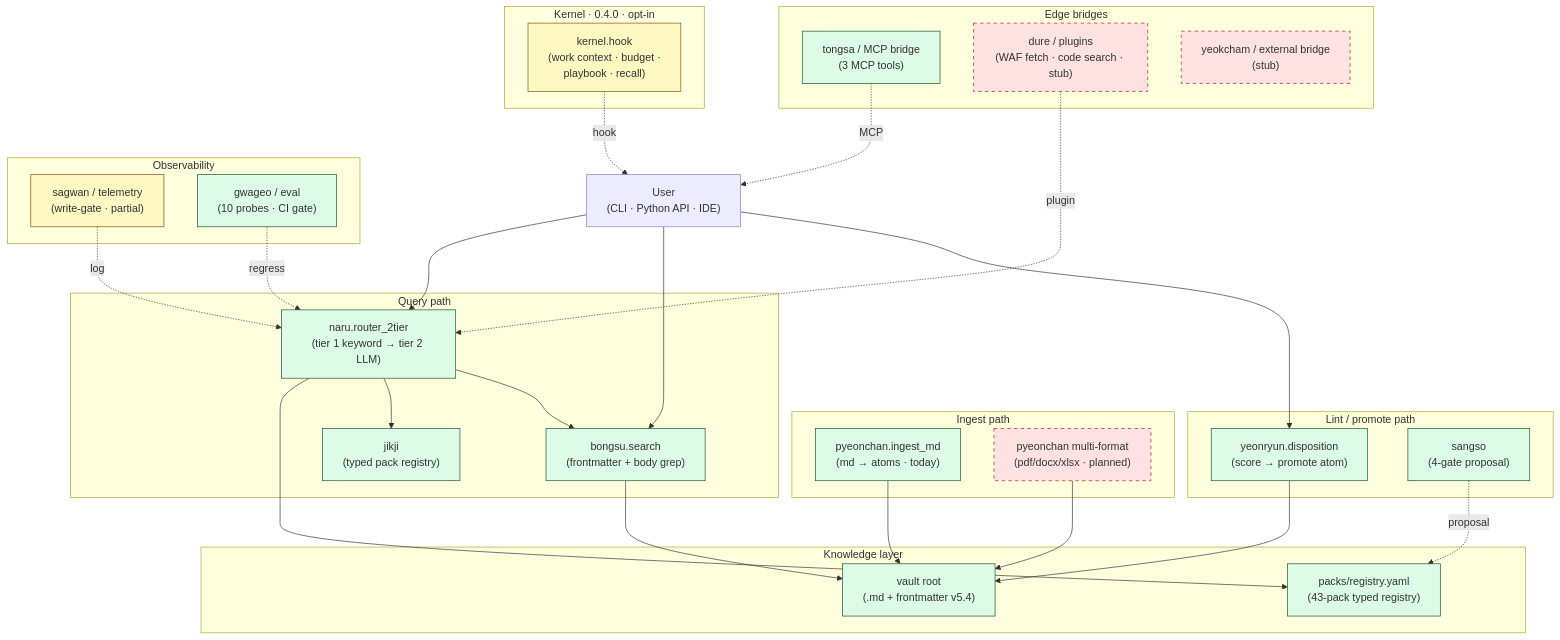
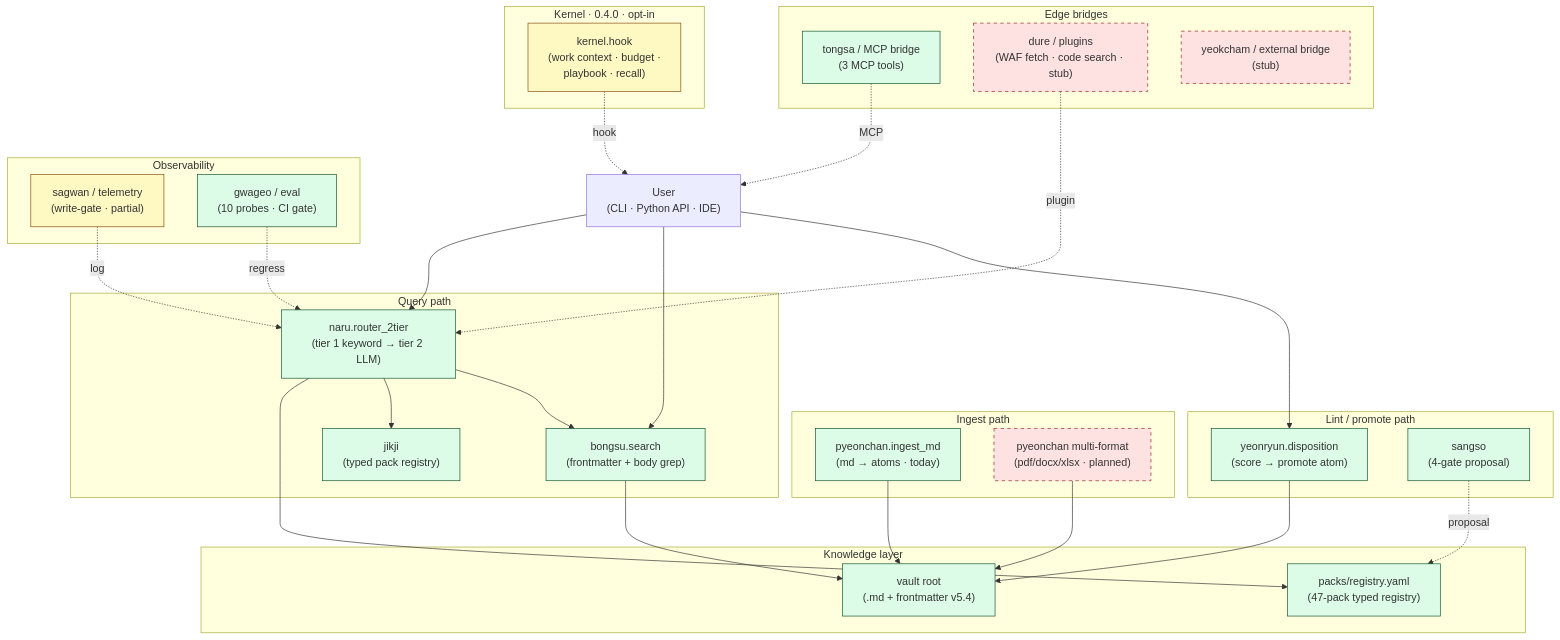
One commit to sillok-os/sillok changed the second of 2 diagrams in README.md. Above: the diagram before and after it, drawn with Mermaid. The commit also changed other lines of this file and 7 other files, not shown here.

````diff
--- a/README.md
+++ b/README.md
@@ -91,64 +93,64 @@
 ```mermaid
 flowchart TB
     subgraph CORPUS["Knowledge layer"]
         VAULTROOT["vault root<br/>(.md + frontmatter v5.4)"]
-        REGISTRY["packs/registry.yaml<br/>(43-pack typed registry)"]
+        REGISTRY["packs/registry.yaml<br/>(47-pack typed registry)"]
     end
 
     subgraph INGEST["Ingest path"]
         PYEON["pyeonchan.ingest_md<br/>(md → atoms · today)"]
         PYEON_F["pyeonchan multi-format<br/>(pdf/docx/xlsx · planned)"]
     end
 
     subgraph QUERY["Query path"]
         BONGSU["bongsu.search<br/>(frontmatter + body grep)"]
         NARU["naru.router_2tier<br/>(tier 1 keyword → tier 2 LLM)"]
         JIKJI["jikji<br/>(typed pack registry)"]
     end
 
     subgraph LINT["Lint / promote path"]
         YEON["yeonryun.disposition<br/>(score → promote atom)"]
         SANGSO["sangso<br/>(4-gate proposal)"]
     end
 
     subgraph OBS["Observability"]
         SAGWAN["sagwan / telemetry<br/>(write-gate · partial)"]
         GWAGEO["gwageo / eval<br/>(10 probes · CI gate)"]
     end
 
     subgraph BRIDGES["Edge bridges"]
         TONGSA["tongsa / MCP bridge<br/>(3 MCP tools)"]
         DURE["dure / plugins<br/>(WAF fetch · code search · stub)"]
         YEOK["yeokcham / external bridge<br/>(stub)"]
     end
 
     subgraph KERNEL_G["Kernel · 0.4.0 · opt-in"]
         KERNEL["kernel.hook<br/>(work context · budget ·<br/>playbook · recall)"]
     end
 
     USER["User<br/>(CLI · Python API · IDE)"]
 
     USER --> NARU
     NARU --> REGISTRY
     NARU --> JIKJI
     NARU --> BONGSU
     BONGSU --> VAULTROOT
     USER --> BONGSU
     USER --> YEON
     YEON --> VAULTROOT
     PYEON --> VAULTROOT
     PYEON_F --> VAULTROOT
     SANGSO -.proposal.-> REGISTRY
     SAGWAN -.log.-> NARU
     GWAGEO -.regress.-> NARU
     TONGSA -.MCP.-> USER
     DURE -.plugin.-> NARU
     KERNEL -.hook.-> USER
 
     classDef stub fill:#fee2e2,stroke:#991b1b,stroke-dasharray: 5 5
     classDef live fill:#dcfce7,stroke:#14532d
     classDef partial fill:#fef9c3,stroke:#854d0e
     class BONGSU,NARU,YEON,PYEON,VAULTROOT,REGISTRY,JIKJI,SANGSO,GWAGEO,TONGSA live
     class SAGWAN,KERNEL partial
     class DURE,YEOK,PYEON_F stub
 ```
````
